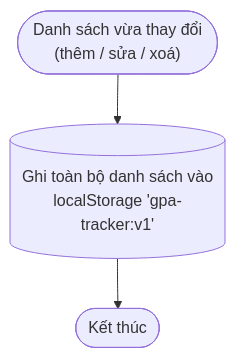
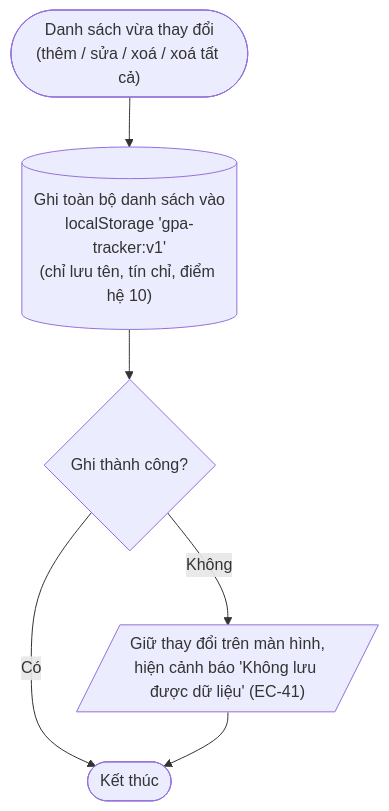
The seventh of 8 diagrams in docs/flowcharts.md (tqk3101/gpa-tracker), drawn with Mermaid before and after one commit. The commit also changed other lines of this file and 1 other file, not shown here.

Commit message:
Update flowcharts and status after design phase

````diff
--- a/docs/flowcharts.md
+++ b/docs/flowcharts.md
@@ -203,8 +214,12 @@
 ```mermaid
 flowchart TD
-    S@{ shape: stadium, label: "Danh sách vừa thay đổi<br/>(thêm / sửa / xoá)" }
-    SAVE@{ shape: cyl, label: "Ghi toàn bộ danh sách vào<br/>localStorage 'gpa-tracker:v1'" }
+    S@{ shape: stadium, label: "Danh sách vừa thay đổi<br/>(thêm / sửa / xoá / xoá tất cả)" }
+    SAVE@{ shape: cyl, label: "Ghi toàn bộ danh sách vào<br/>localStorage 'gpa-tracker:v1'<br/>(chỉ lưu tên, tín chỉ, điểm hệ 10)" }
+    OK@{ shape: diamond, label: "Ghi thành công?" }
+    WARN@{ shape: lean-r, label: "Giữ thay đổi trên màn hình,<br/>hiện cảnh báo 'Không lưu được dữ liệu' (EC-41)" }
     E@{ shape: stadium, label: "Kết thúc" }
 
-    S --> SAVE --> E
+    S --> SAVE --> OK
+    OK -->|Có| E
+    OK -->|Không| WARN --> E
 ```
````
